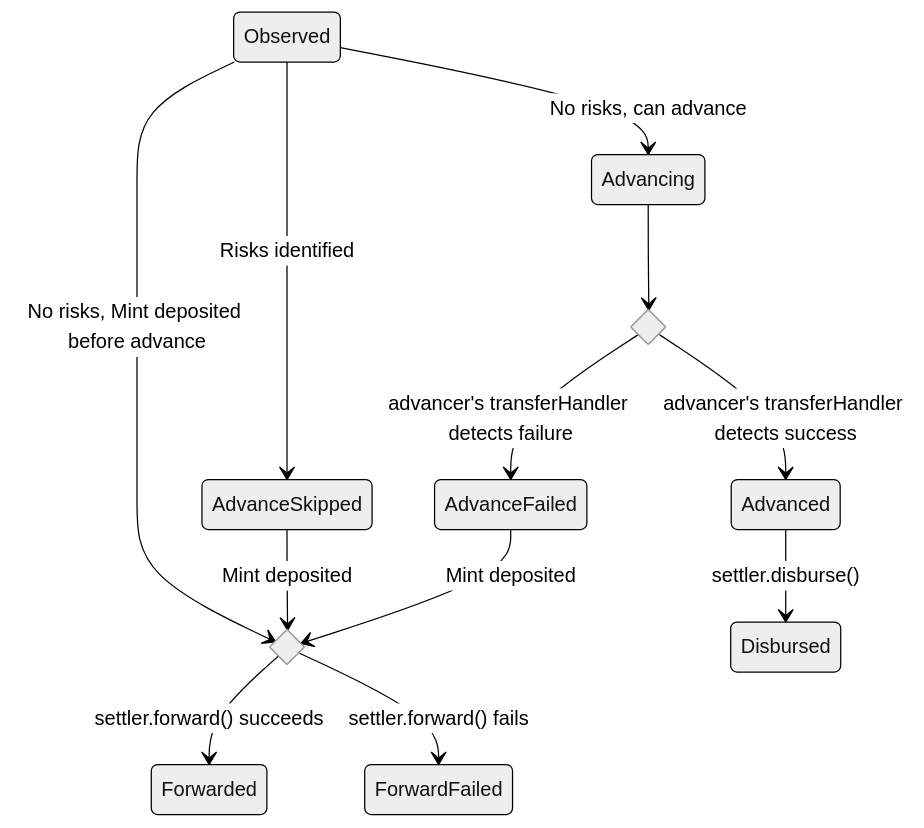
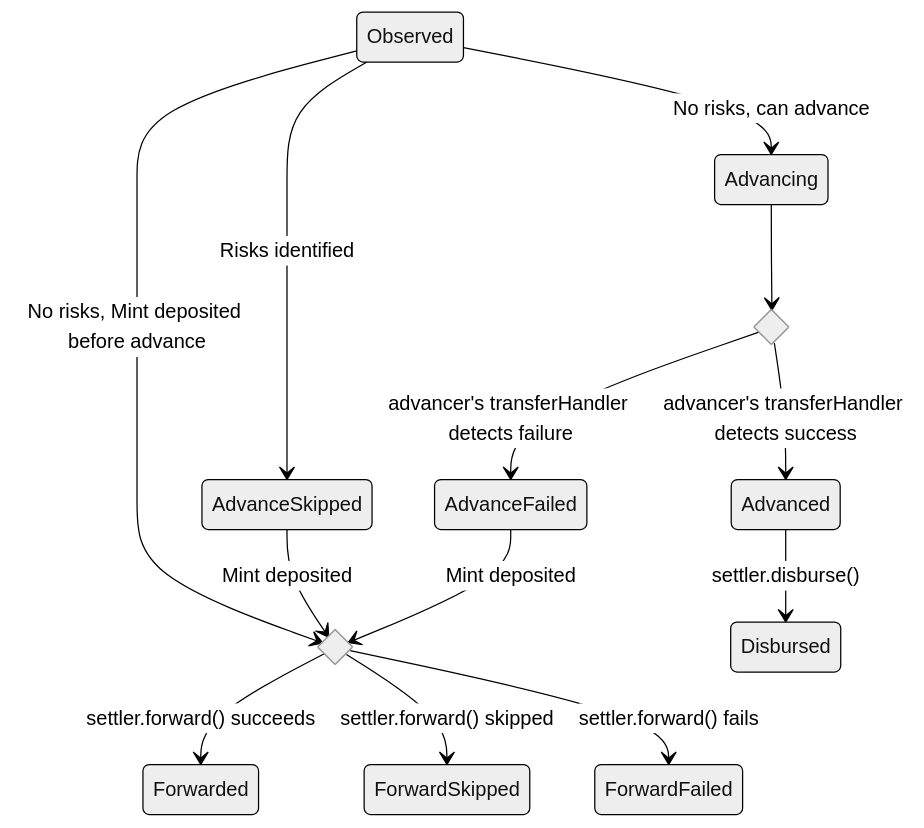
The third of 3 diagrams in packages/fast-usdc-contract/README.md (Agoric/agoric-sdk), drawn with Mermaid (neutral theme) before and after one commit. The commit also changed 4 other files, not shown here.

Commit message:
feat: FORWARD_SKIPPED state

````diff
--- a/packages/fast-usdc-contract/README.md
+++ b/packages/fast-usdc-contract/README.md
@@ -80,18 +80,19 @@
 ```mermaid
 stateDiagram-v2
   state Forwarding <<choice>>
   state AdvancingChoice <<choice>>
 
   Observed --> AdvanceSkipped : Risks identified
   Observed --> Advancing : No risks, can advance
   Observed --> Forwarding : No risks, Mint deposited before advance
 
   Forwarding --> Forwarded : settler.forward() succeeds
+  Forwarding --> ForwardSkipped : settler.forward() skipped
   Advancing --> AdvancingChoice
   AdvancingChoice --> Advanced : advancer's transferHandler detects success
   Advanced --> Disbursed : settler.disburse()
   AdvanceSkipped --> Forwarding : Mint deposited
   AdvanceFailed --> Forwarding : Mint deposited
   AdvancingChoice --> AdvanceFailed : advancer's transferHandler detects failure
   Forwarding --> ForwardFailed : settler.forward() fails
- ```
+```
````
